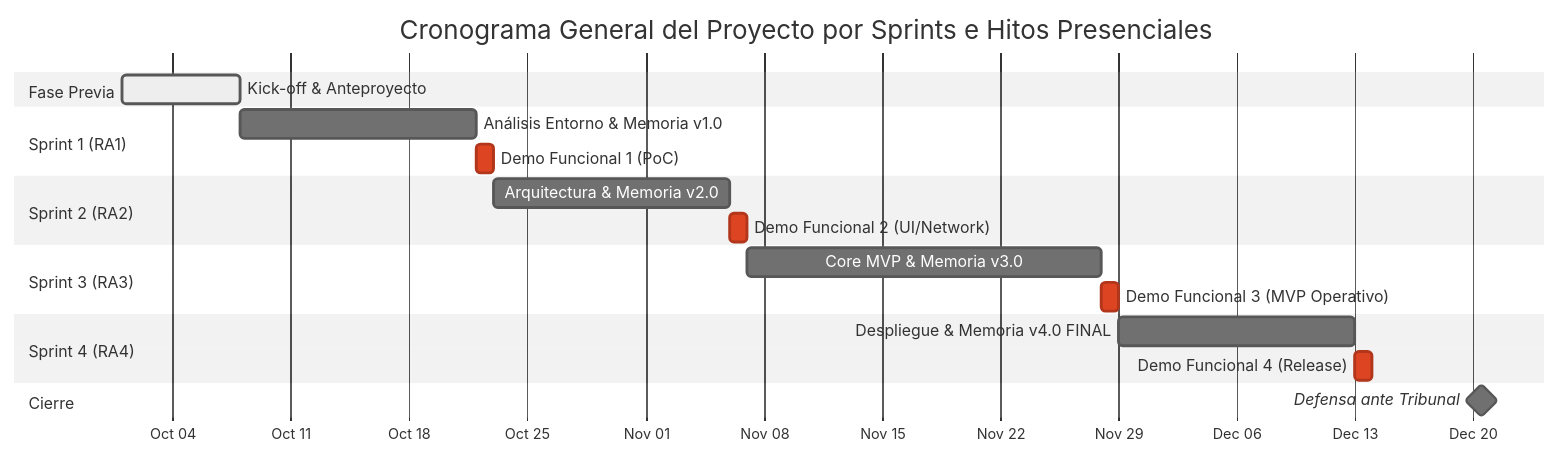
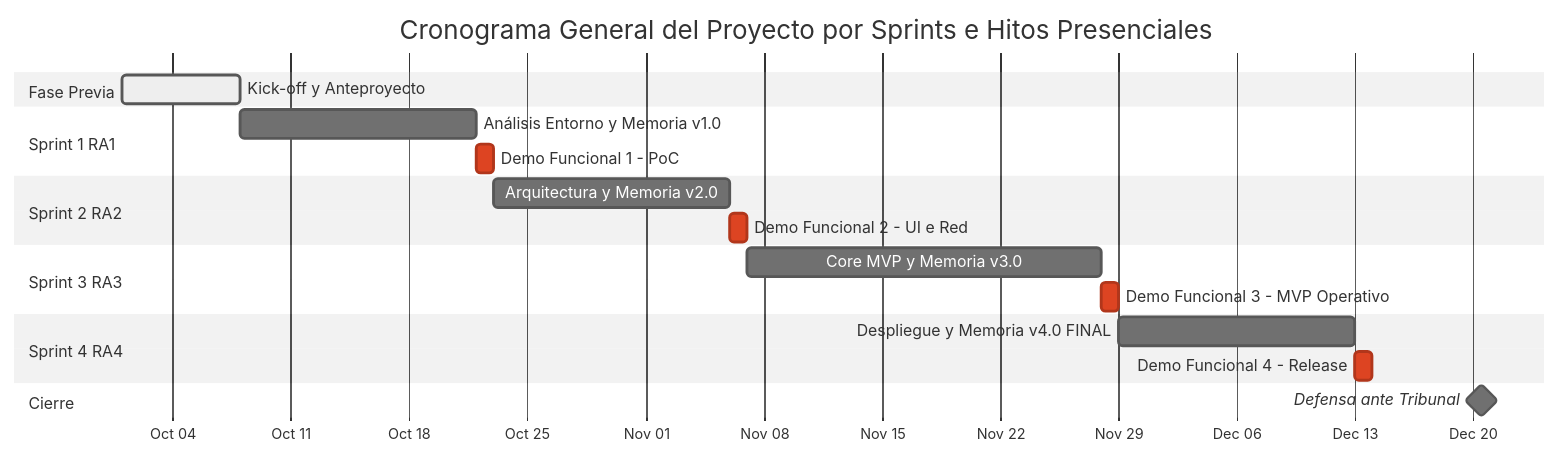
One commit to fencgut961/PI_26_27 changed diagram 12 of 13 in RA1.md. Above: the diagram before and after it, drawn with Mermaid (neutral theme). The commit also changed other lines of this file, not shown here.

````diff
--- a/RA1.md
+++ b/RA1.md
@@ -376,22 +377,22 @@
 ```mermaid
 gantt
     title Cronograma General del Proyecto por Sprints e Hitos Presenciales
     dateFormat  YYYY-MM-DD
     axisFormat  %b %d
     section Fase Previa
-    Kick-off & Anteproyecto          :active, k1, 2026-10-01, 7d
-    section Sprint 1 (RA1)
-    Análisis Entorno & Memoria v1.0  :s1, 2026-10-08, 14d
-    Demo Funcional 1 (PoC)            :crit, d1, 2026-10-22, 1d
-    section Sprint 2 (RA2)
-    Arquitectura & Memoria v2.0      :s2, 2026-10-23, 14d
-    Demo Funcional 2 (UI/Network)     :crit, d2, 2026-11-06, 1d
-    section Sprint 3 (RA3)
-    Core MVP & Memoria v3.0          :s3, 2026-11-07, 21d
-    Demo Funcional 3 (MVP Operativo)  :crit, d3, 2026-11-28, 1d
-    section Sprint 4 (RA4)
-    Despliegue & Memoria v4.0 FINAL  :s4, 2026-11-29, 14d
-    Demo Funcional 4 (Release)        :crit, d4, 2026-12-13, 1d
+    Kick-off y Anteproyecto          :active, k1, 2026-10-01, 7d
+    section Sprint 1 RA1
+    Análisis Entorno y Memoria v1.0  :s1, 2026-10-08, 14d
+    Demo Funcional 1 - PoC            :crit, d1, 2026-10-22, 1d
+    section Sprint 2 RA2
+    Arquitectura y Memoria v2.0      :s2, 2026-10-23, 14d
+    Demo Funcional 2 - UI e Red       :crit, d2, 2026-11-06, 1d
+    section Sprint 3 RA3
+    Core MVP y Memoria v3.0          :s3, 2026-11-07, 21d
+    Demo Funcional 3 - MVP Operativo  :crit, d3, 2026-11-28, 1d
+    section Sprint 4 RA4
+    Despliegue y Memoria v4.0 FINAL  :s4, 2026-11-29, 14d
+    Demo Funcional 4 - Release        :crit, d4, 2026-12-13, 1d
     section Cierre
     Defensa ante Tribunal            :milestone, t1, 2026-12-20, 1d
 ```
````
